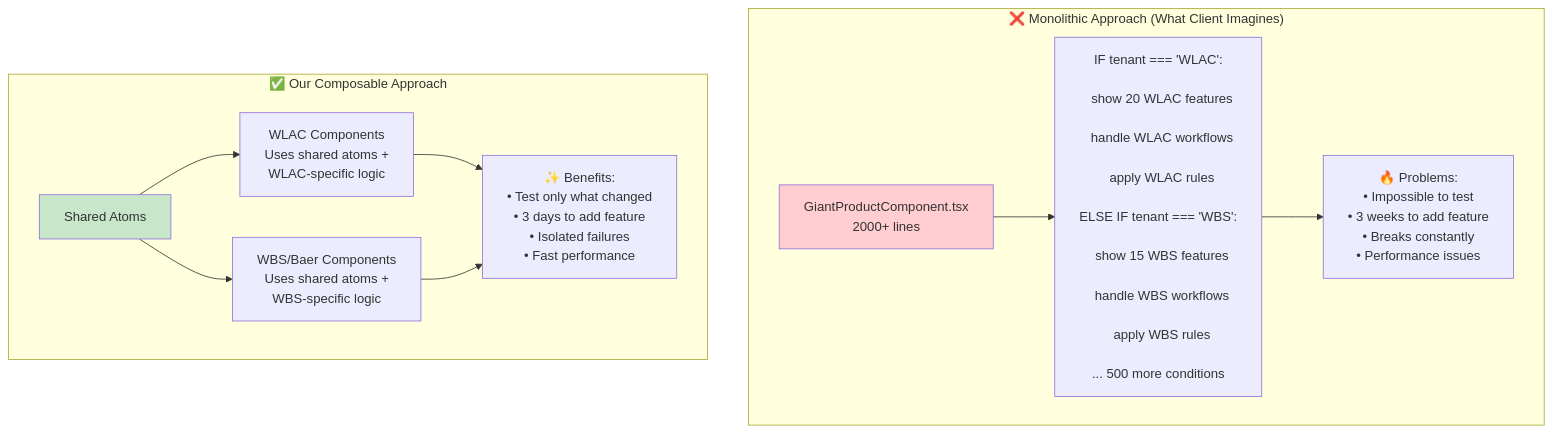
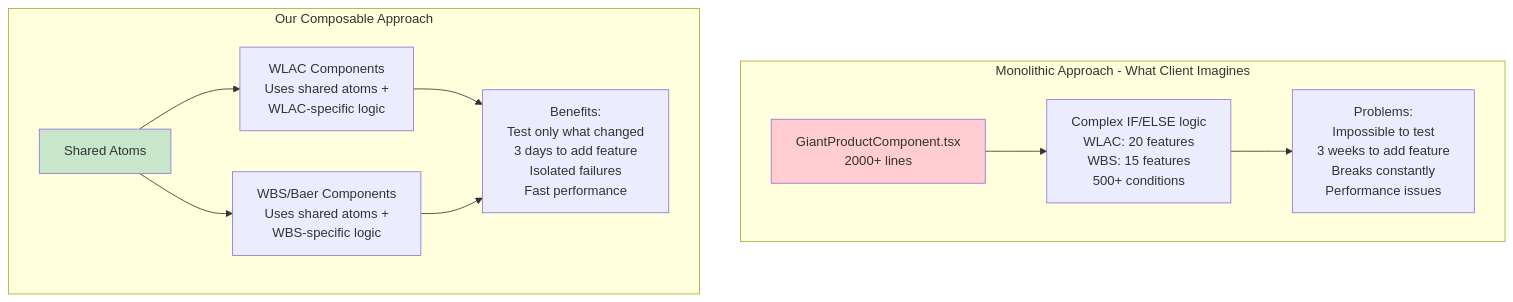
One commit to Villvay/front-end_reusability_docs changed the fifth of 10 diagrams in README.md. Above: the diagram before and after it, drawn with Mermaid. The commit also changed other lines of this file, not shown here.

````diff
--- a/README.md
+++ b/README.md
@@ -121,30 +121,20 @@
 ```mermaid
 graph TB
-    subgraph "❌ Monolithic Approach (What Client Imagines)"
+    subgraph "Monolithic Approach - What Client Imagines"
         Giant[GiantProductComponent.tsx<br/>2000+ lines]
-        Giant --> Code[
-            IF tenant === 'WLAC':<br/>
-            &nbsp;&nbsp;show 20 WLAC features<br/>
-            &nbsp;&nbsp;handle WLAC workflows<br/>
-            &nbsp;&nbsp;apply WLAC rules<br/>
-            ELSE IF tenant === 'WBS':<br/>
-            &nbsp;&nbsp;show 15 WBS features<br/>
-            &nbsp;&nbsp;handle WBS workflows<br/>
-            &nbsp;&nbsp;apply WBS rules<br/>
-            ... 500 more conditions
-        ]
-        Code --> Problems[🔥 Problems:<br/>• Impossible to test<br/>• 3 weeks to add feature<br/>• Breaks constantly<br/>• Performance issues]
+        Giant --> Code["Complex IF/ELSE logic<br/>WLAC: 20 features<br/>WBS: 15 features<br/>500+ conditions"]
+        Code --> Problems["Problems:<br/>Impossible to test<br/>3 weeks to add feature<br/>Breaks constantly<br/>Performance issues"]
     end
     
-    subgraph "✅ Our Composable Approach"
+    subgraph "Our Composable Approach"
         Base[Shared Atoms]
         Base --> Comp1[WLAC Components<br/>Uses shared atoms +<br/>WLAC-specific logic]
         Base --> Comp2[WBS/Baer Components<br/>Uses shared atoms +<br/>WBS-specific logic]
         
-        Comp1 --> Benefits[✨ Benefits:<br/>• Test only what changed<br/>• 3 days to add feature<br/>• Isolated failures<br/>• Fast performance]
+        Comp1 --> Benefits["Benefits:<br/>Test only what changed<br/>3 days to add feature<br/>Isolated failures<br/>Fast performance"]
         Comp2 --> Benefits
     end
     
     style Giant fill:#FFCDD2
     style Base fill:#C8E6C9
 ```
````
